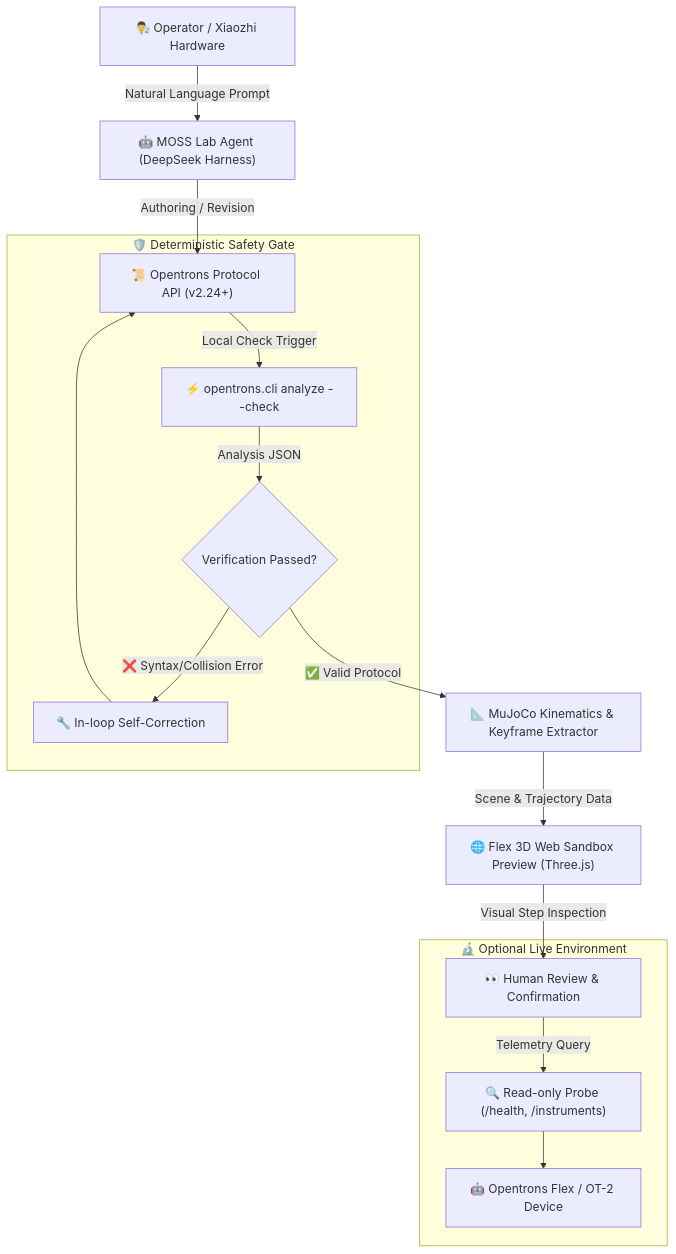
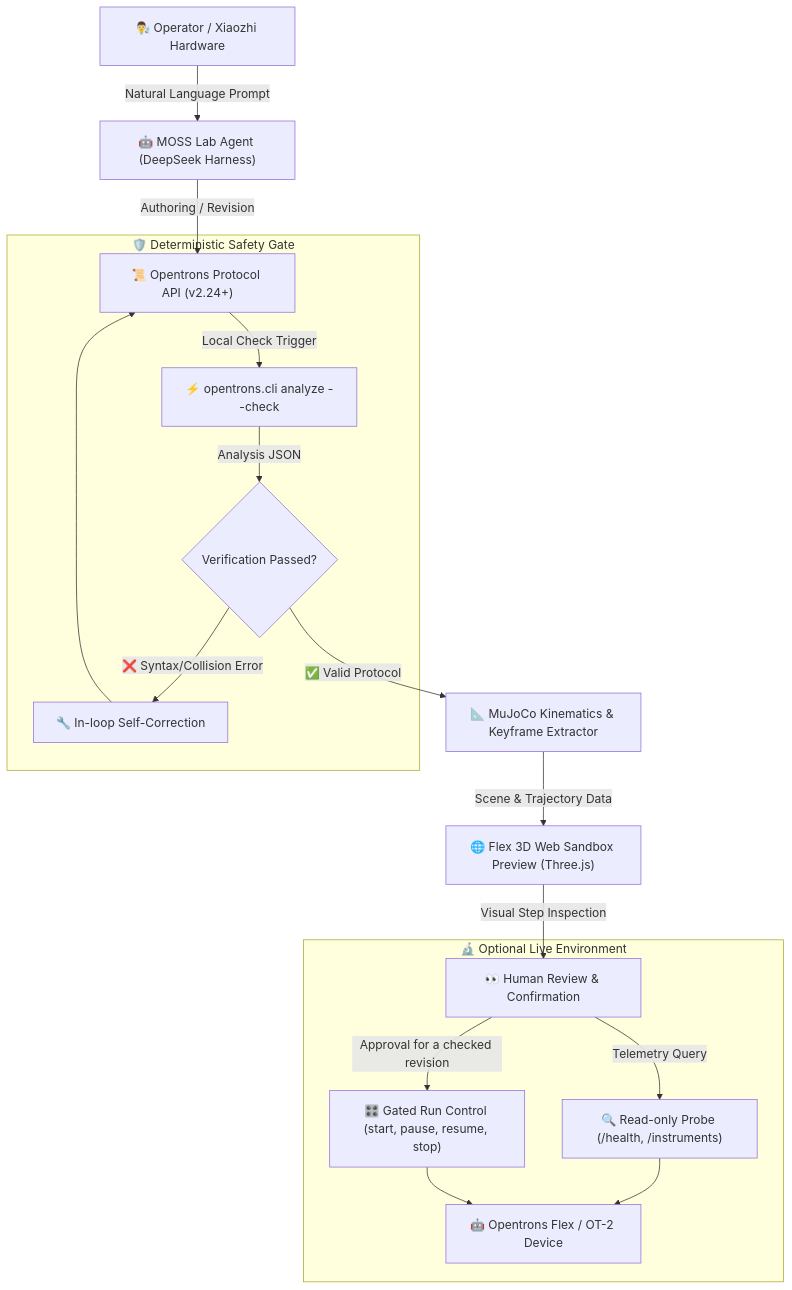
One commit to SmartisanNaive/MOSS-Lab changed the diagram in README.md. Above: the diagram before and after it, drawn with Mermaid. The commit also changed other lines of this file and 26 other files, not shown here.

First line of the commit message:
feat(moss): operator-gated live robot control

````diff
--- a/README.md
+++ b/README.md
@@ -33,21 +34,23 @@
 ```mermaid
 graph TD
     User["👨‍🔬 Operator / Xiaozhi Hardware"] -->|Natural Language Prompt| Agent["🤖 MOSS Lab Agent (DeepSeek Harness)"]
     Agent -->|Authoring / Revision| Protocol["📜 Opentrons Protocol API (v2.24+)"]
     Protocol -->|Local Check Trigger| Simulate["⚡ opentrons.cli analyze --check"]
 
     subgraph SafetyGate ["🛡️ Deterministic Safety Gate"]
         Simulate -->|Analysis JSON| CheckResult{Verification Passed?}
         CheckResult -->|❌ Syntax/Collision Error| Repair["🔧 In-loop Self-Correction"]
         Repair --> Protocol
     end
 
     CheckResult -->|✅ Valid Protocol| Keyframes["📐 MuJoCo Kinematics & Keyframe Extractor"]
     Keyframes -->|Scene & Trajectory Data| Viewer["🌐 Flex 3D Web Sandbox Preview (Three.js)"]
     Viewer -->|Visual Step Inspection| Operator["👀 Human Review & Confirmation"]
 
     subgraph Execution ["🔬 Optional Live Environment"]
         Operator -->|Telemetry Query| RobotProbe["🔍 Read-only Probe (/health, /instruments)"]
+        Operator -->|Approval for a checked revision| RobotControl["🎛️ Gated Run Control (start, pause, resume, stop)"]
         RobotProbe --> Robot["🤖 Opentrons Flex / OT-2 Device"]
+        RobotControl --> Robot
     end
 ```
````
